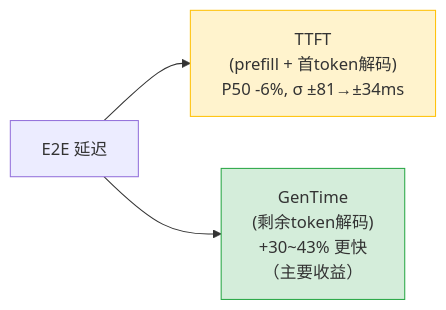
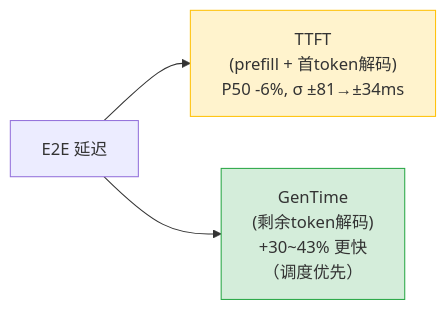
One commit to david-xinyuwei/david-share changed the second of 3 diagrams in Agents/AOAI-Priority-Processing-Benchmark/README-CN.md. Above: the diagram before and after it, drawn with Mermaid. The commit also changed other lines of this file and 1 other file, not shown here.

````diff
--- a/Agents/AOAI-Priority-Processing-Benchmark/README-CN.md
+++ b/Agents/AOAI-Priority-Processing-Benchmark/README-CN.md
@@ -119,8 +119,8 @@
 ```mermaid
 flowchart LR
     E2E["E2E 延迟"] --> TTFT["TTFT<br/>(prefill + 首token解码)<br/>P50 -6%, σ ±81→±34ms"]
-    E2E --> GenTime["GenTime<br/>(剩余token解码)<br/>+30~43% 更快<br/>（主要收益）"]
+    E2E --> GenTime["GenTime<br/>(剩余token解码)<br/>+30~43% 更快<br/>（调度优先）"]
     
     style TTFT fill:#fff3cd,stroke:#ffc107
     style GenTime fill:#d4edda,stroke:#28a745
 ```
````
